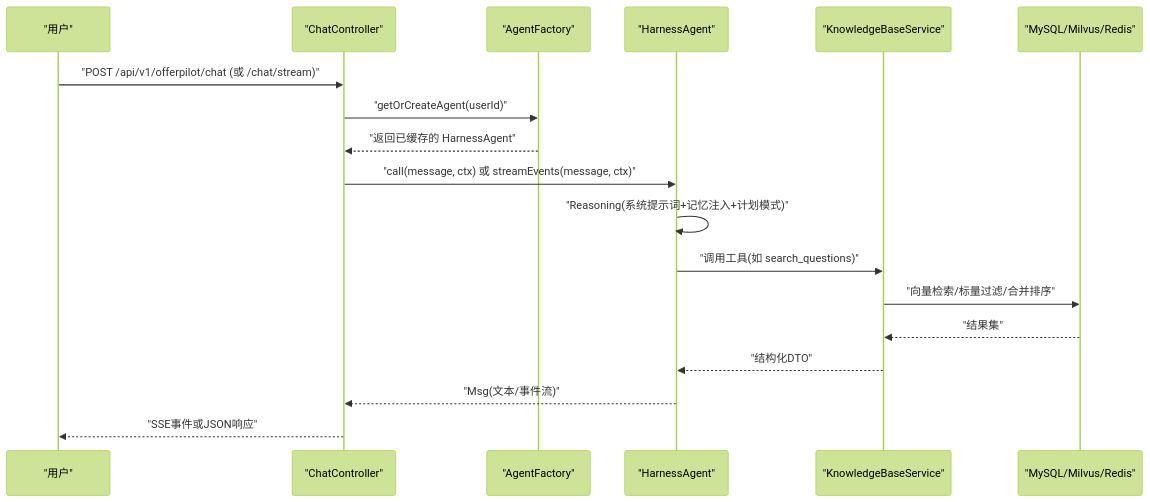
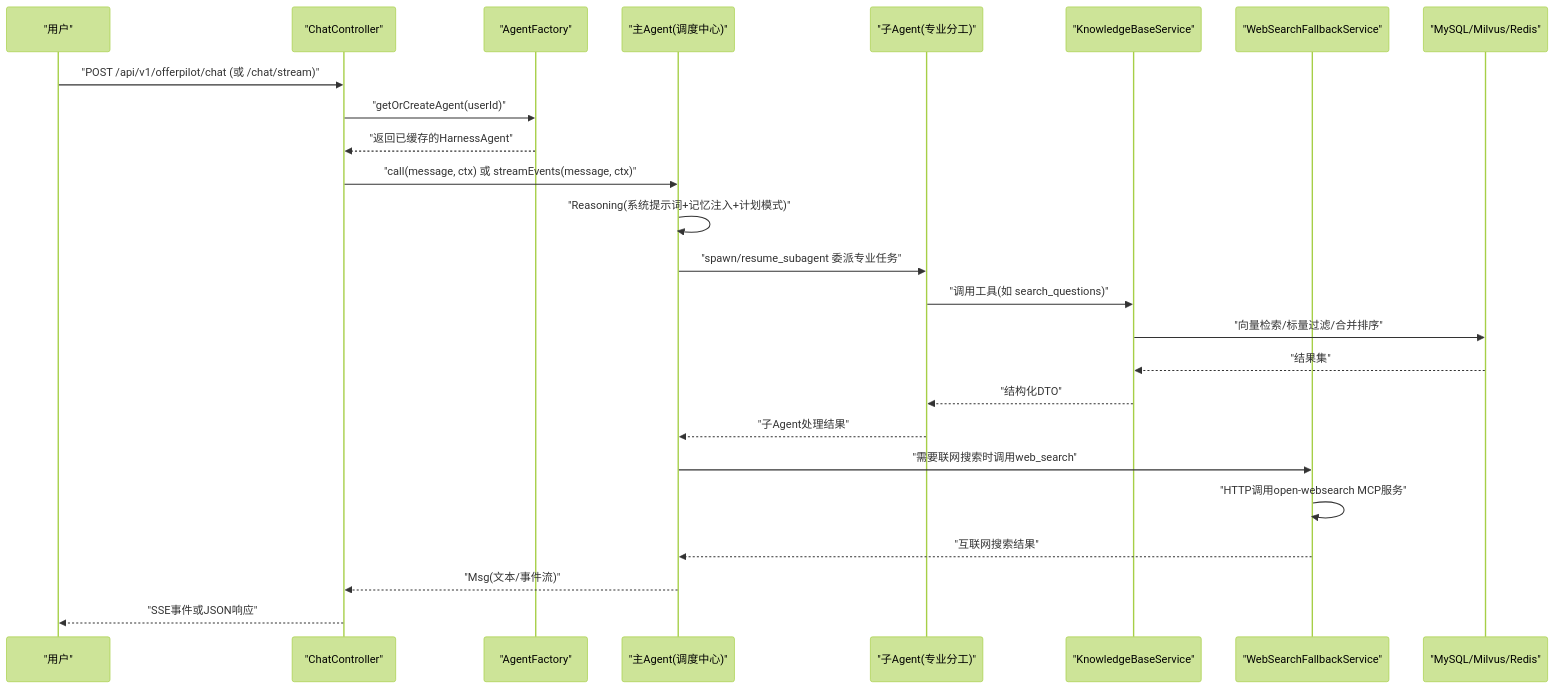
The second of 7 diagrams in .qoder/repowiki/zh/content/AgentScope 核心机制深度解析.md (Miss-zhi/OfferPilot), drawn with Mermaid (forest theme) before and after one commit. The commit also changed other lines of this file and 206 other files, not shown here.

````diff
--- a/.qoder/repowiki/zh/content/AgentScope 核心机制深度解析.md
+++ b/.qoder/repowiki/zh/content/AgentScope 核心机制深度解析.md
@@ -130,20 +127,27 @@
 ```mermaid
 sequenceDiagram
 participant U as "用户"
 participant C as "ChatController"
 participant F as "AgentFactory"
-participant A as "HarnessAgent"
+participant A as "主Agent(调度中心)"
+participant SA as "子Agent(专业分工)"
 participant K as "KnowledgeBaseService"
+participant W as "WebSearchFallbackService"
 participant DB as "MySQL/Milvus/Redis"
 U->>C : "POST /api/v1/offerpilot/chat (或 /chat/stream)"
 C->>F : "getOrCreateAgent(userId)"
-F-->>C : "返回已缓存的 HarnessAgent"
+F-->>C : "返回已缓存的HarnessAgent"
 C->>A : "call(message, ctx) 或 streamEvents(message, ctx)"
 A->>A : "Reasoning(系统提示词+记忆注入+计划模式)"
-A->>K : "调用工具(如 search_questions)"
+A->>SA : "spawn/resume_subagent 委派专业任务"
+SA->>K : "调用工具(如 search_questions)"
 K->>DB : "向量检索/标量过滤/合并排序"
 DB-->>K : "结果集"
-K-->>A : "结构化DTO"
+K-->>SA : "结构化DTO"
+SA-->>A : "子Agent处理结果"
+A->>W : "需要联网搜索时调用web_search"
+W->>W : "HTTP调用open-websearch MCP服务"
+W-->>A : "互联网搜索结果"
 A-->>C : "Msg(文本/事件流)"
 C-->>U : "SSE事件或JSON响应"
 ```
````
